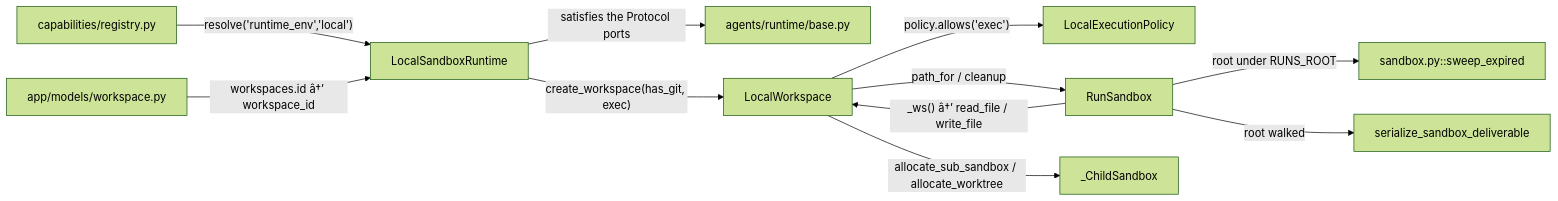
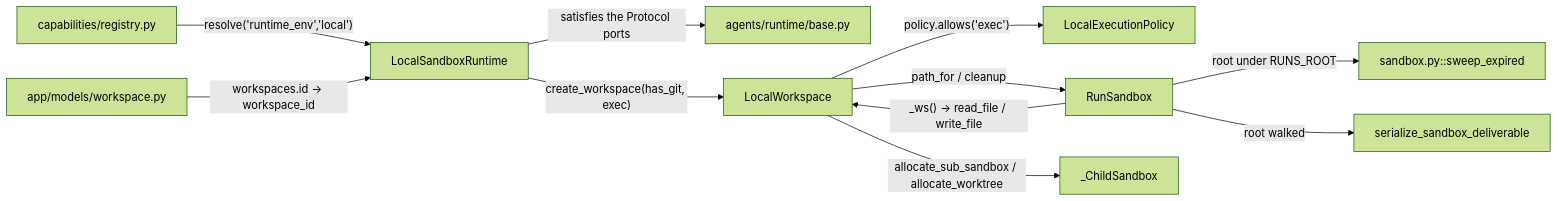
Diagram 16 of 16 in .knowledge/ARCHITECTURE.md (prateek-sinha7/IdeaFlowAI), drawn with Mermaid (forest theme) before and after one commit. The commit also changed other lines of this file and 4493 other files, not shown here.

````diff
--- a/.knowledge/ARCHITECTURE.md
+++ b/.knowledge/ARCHITECTURE.md
@@ -467,24 +474,24 @@
 ```mermaid
 flowchart LR
     base["agents/runtime/base.py"]
     caps["capabilities/registry.py"]
     row["app/models/workspace.py"]
     runtime["LocalSandboxRuntime"]
     workspace["LocalWorkspace"]
     policy["LocalExecutionPolicy"]
     sandbox["RunSandbox"]
     child["_ChildSandbox"]
     sweep["sandbox.py::sweep_expired"]
     serialize["serialize_sandbox_deliverable"]
 
     runtime -->|"satisfies the Protocol ports"| base
     caps -->|"resolve('runtime_env','local')"| runtime
-    row -->|"workspaces.id â†’ workspace_id"| runtime
+    row -->|"workspaces.id → workspace_id"| runtime
     runtime -->|"create_workspace(has_git, exec)"| workspace
     workspace -->|"policy.allows('exec')"| policy
     workspace -->|"path_for / cleanup"| sandbox
-    sandbox -->|"_ws() â†’ read_file / write_file"| workspace
+    sandbox -->|"_ws() → read_file / write_file"| workspace
     workspace -->|"allocate_sub_sandbox / allocate_worktree"| child
     sandbox -->|"root under RUNS_ROOT"| sweep
     sandbox -->|"root walked"| serialize
 ```
````
